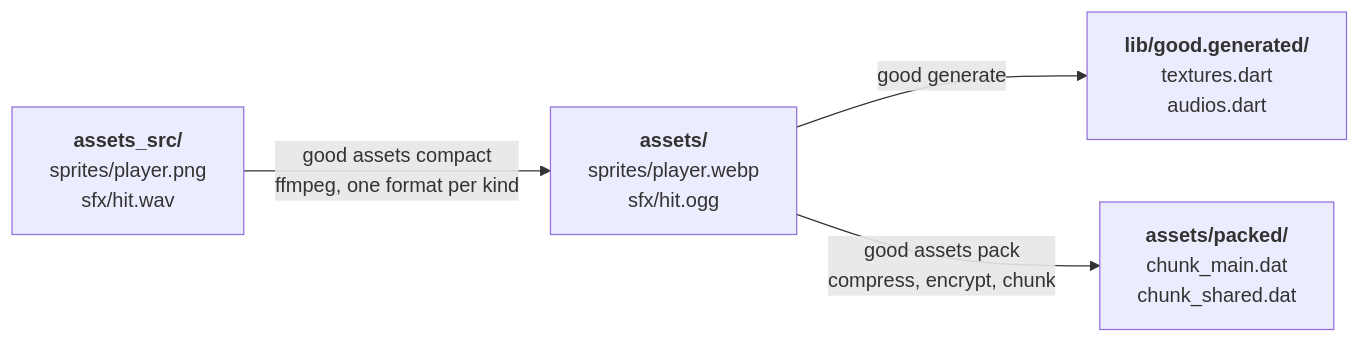
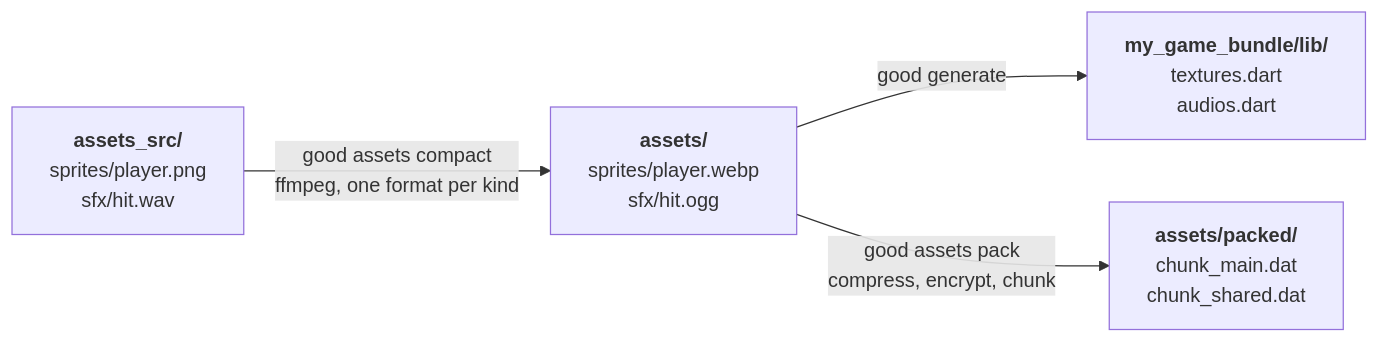
Before and after one commit to sunarya-thito/good: the diagram in docs/exporting/asset-pipeline.md, drawn with Mermaid. The commit also changed other lines of this file and 24 other files, not shown here.

````diff
--- a/docs/exporting/asset-pipeline.md
+++ b/docs/exporting/asset-pipeline.md
@@ -5,10 +5,10 @@
 ```mermaid
 flowchart LR
     SRC["<b>assets_src/</b><br/>sprites/player.png<br/>sfx/hit.wav"]
     CAN["<b>assets/</b><br/>sprites/player.webp<br/>sfx/hit.ogg"]
-    GEN["<b>lib/good.generated/</b><br/>textures.dart<br/>audios.dart"]
+    GEN["<b>my_game_bundle/lib/</b><br/>textures.dart<br/>audios.dart"]
     PACK["<b>assets/packed/</b><br/>chunk_main.dat<br/>chunk_shared.dat"]
     SRC -->|"good assets compact<br/>ffmpeg, one format per kind"| CAN
     CAN -->|"good generate"| GEN
     CAN -->|"good assets pack<br/>compress, encrypt, chunk"| PACK
 ```
````
